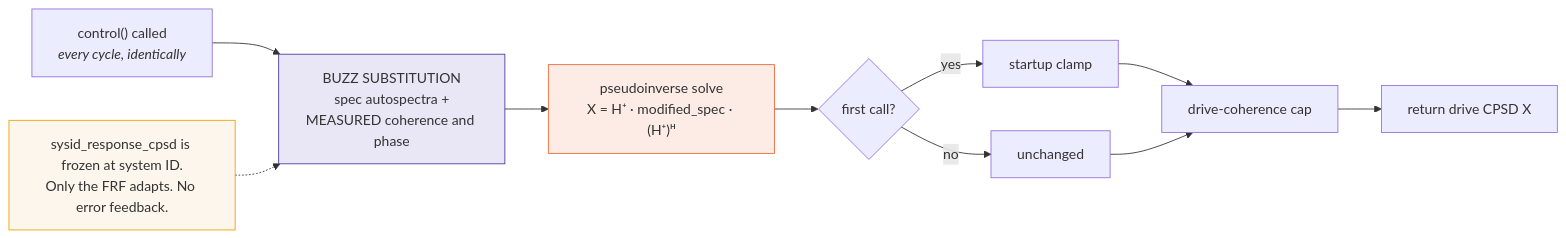
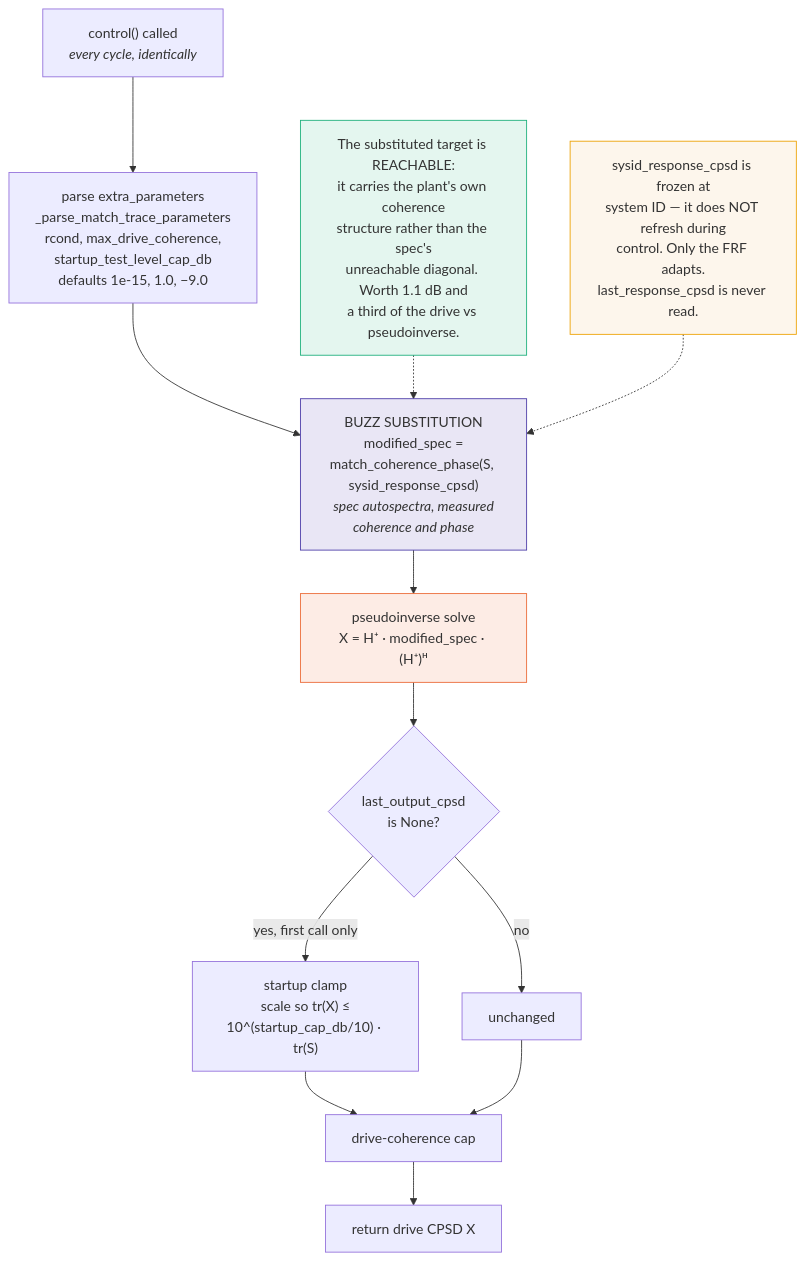
One commit to githunter333/rattlesnake-vibration-controller changed the diagram in Claude outputs/flowcharts/07_buzz.mmd. Above: the diagram before and after it, drawn with Mermaid. The commit also changed 6 other files, not shown here.

First line of the commit message:
Name the startup cap, and match the equation to what the code does

```diff
--- a/Claude outputs/flowcharts/07_buzz.mmd
+++ b/Claude outputs/flowcharts/07_buzz.mmd
@@ -1,13 +1,16 @@
-flowchart LR
-    A["control() called<br/><i>every cycle, identically</i>"] --> B["BUZZ SUBSTITUTION<br/>spec autospectra +<br/>MEASURED coherence and phase"]
-    B --> C["pseudoinverse solve<br/>X = H⁺ · modified_spec · (H⁺)ᴴ"]
-    C --> D{"first call?"}
-    D -->|yes| E["startup clamp"]
-    D -->|no| F["unchanged"]
-    E --> G["drive-coherence cap"]
-    F --> G
-    G --> H["return drive CPSD X"]
-    I["sysid_response_cpsd is frozen at system ID.<br/>Only the FRF adapts. No error feedback."] -.-> B
-    style B fill:#e9e6f5,stroke:#4a3aa7
-    style C fill:#fdece5,stroke:#eb6834
-    style I fill:#fdf6ec,stroke:#eda100
+flowchart TD
+    A["control() called<br/><i>every cycle, identically</i>"] --> B["parse extra_parameters<br/>_parse_match_trace_parameters<br/>rcond, max_drive_coherence,<br/>startup_test_level_cap_db<br/>defaults 1e-15, 1.0, −9.0"]
+    B --> C["BUZZ SUBSTITUTION<br/>modified_spec =<br/>match_coherence_phase(S, sysid_response_cpsd)<br/><i>spec autospectra, measured<br/>coherence and phase</i>"]
+    C --> D["pseudoinverse solve<br/>X = H⁺ · modified_spec · (H⁺)ᴴ"]
+    D --> E{"last_output_cpsd<br/>is None?"}
+    E -->|yes, first call only| F["startup clamp<br/>scale so tr(X) ≤<br/>10^(startup_cap_db/10) · tr(S)"]
+    E -->|no| G["unchanged"]
+    F --> H["drive-coherence cap"]
+    G --> H
+    H --> I["return drive CPSD X"]
+    J["The substituted target is REACHABLE:<br/>it carries the plant's own coherence<br/>structure rather than the spec's<br/>unreachable diagonal. Worth 1.1 dB and<br/>a third of the drive vs pseudoinverse."] -.-> C
+    K["sysid_response_cpsd is frozen at<br/>system ID — it does NOT refresh during<br/>control. Only the FRF adapts.<br/>last_response_cpsd is never read."] -.-> C
+    style C fill:#e9e6f5,stroke:#4a3aa7
+    style D fill:#fdece5,stroke:#eb6834
+    style J fill:#e4f6ef,stroke:#1baf7a
+    style K fill:#fdf6ec,stroke:#eda100
```
